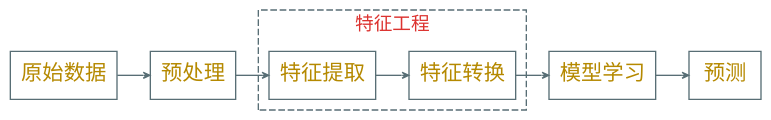
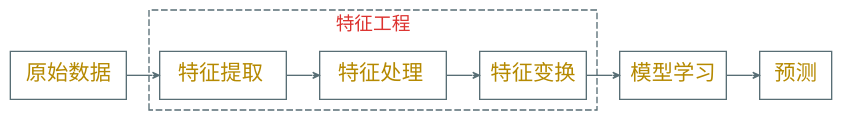
The diagram in dot/ml-old.dot (Avanti1980/course-gnn), drawn with Graphviz before and after one commit. The commit also changed 42 other files, not shown here.

```diff
--- a/dot/ml-old.dot
+++ b/dot/ml-old.dot
@@ -1,18 +1,18 @@
 digraph g {
     graph [nodesep=0.35, ranksep=0.35]
     rankdir=LR
     node [shape=box color="#586e75" fontname="EBG,fzlz" fontcolor="#b58900" fontsize=16]
     edge [arrowhead=vee color="#586e75" fontname="EBG,fzlz" fontcolor="#268bd2" fontsize=16 arrowsize=0.5]
     bgcolor="transparent"
 
-    原始数据 -> 预处理 -> 特征提取 -> 特征转换 -> 模型学习 -> 预测
+    " 原始数据 " -> "  特征提取  " -> "  特征处理  " -> 特征变换 -> 模型学习 -> 预测
 
     subgraph cluster_1 {
         color="#586e75"
         fontcolor="#dc322f"
         fontname="EBG,fzlz"
         style="dashed"
         label="特征工程"
-        特征提取 特征转换
+        "  特征提取  " "  特征处理  " 特征变换
     }
 }
```
